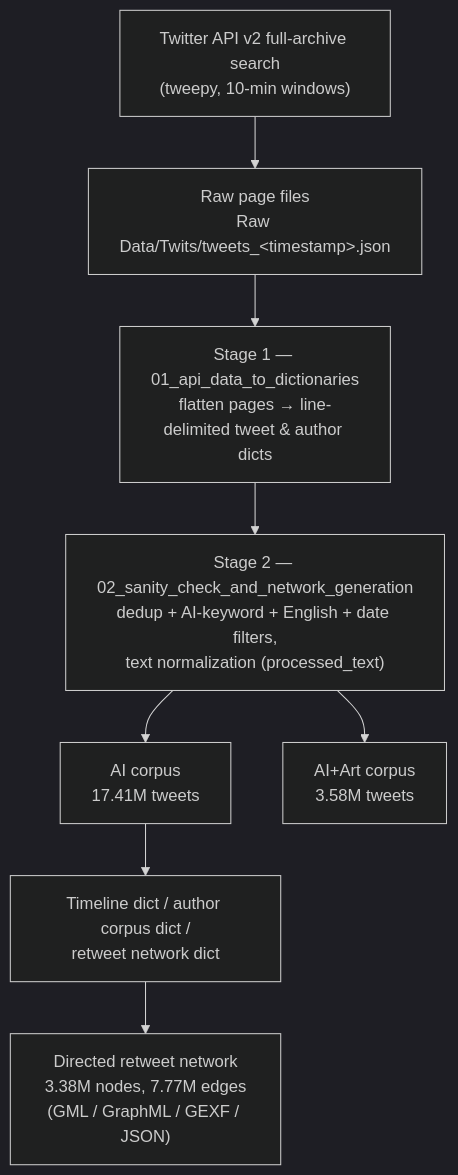
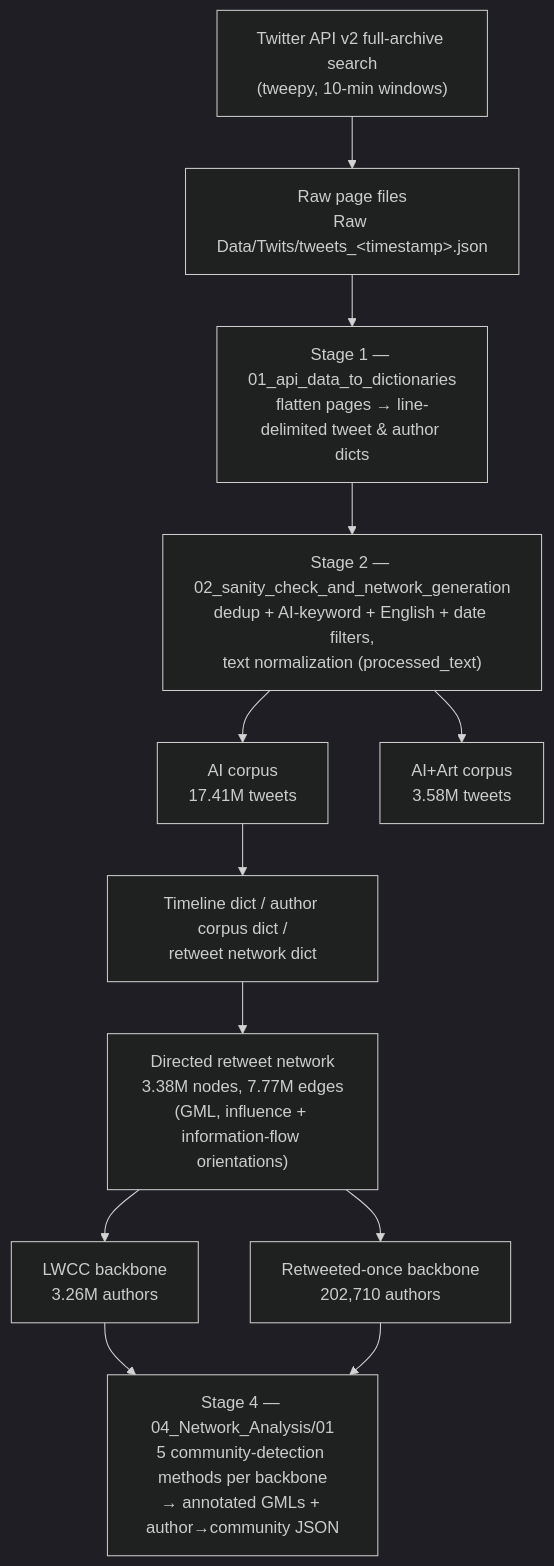
One commit to IgnacioOQ/twitter_ai changed the diagram in docs/DATASET_STATISTICS.md. Above: the diagram before and after it, drawn with Mermaid (dark theme). The commit also changed other lines of this file and 10 other files, not shown here.

````diff
--- a/docs/DATASET_STATISTICS.md
+++ b/docs/DATASET_STATISTICS.md
@@ -21,10 +21,14 @@
 ```mermaid
 flowchart TD
     A["Twitter API v2 full-archive search<br/>(tweepy, 10-min windows)"] --> B["Raw page files<br/>Raw Data/Twits/tweets_&lt;timestamp&gt;.json"]
     B --> C["Stage 1 — 01_api_data_to_dictionaries<br/>flatten pages → line-delimited tweet & author dicts"]
     C --> D["Stage 2 — 02_sanity_check_and_network_generation<br/>dedup + AI-keyword + English + date filters,<br/>text normalization (processed_text)"]
     D --> E["AI corpus<br/>17.41M tweets"]
     D --> F["AI+Art corpus<br/>3.58M tweets"]
     E --> G["Timeline dict / author corpus dict /<br/>retweet network dict"]
-    G --> H["Directed retweet network<br/>3.38M nodes, 7.77M edges<br/>(GML / GraphML / GEXF / JSON)"]
+    G --> H["Directed retweet network<br/>3.38M nodes, 7.77M edges<br/>(GML, influence + information-flow orientations)"]
+    H --> I["LWCC backbone<br/>3.26M authors"]
+    H --> J["Retweeted-once backbone<br/>202,710 authors"]
+    I --> K["Stage 4 — 04_Network_Analysis/01<br/>5 community-detection methods per backbone<br/>→ annotated GMLs + author→community JSON"]
+    J --> K
 ```
````
